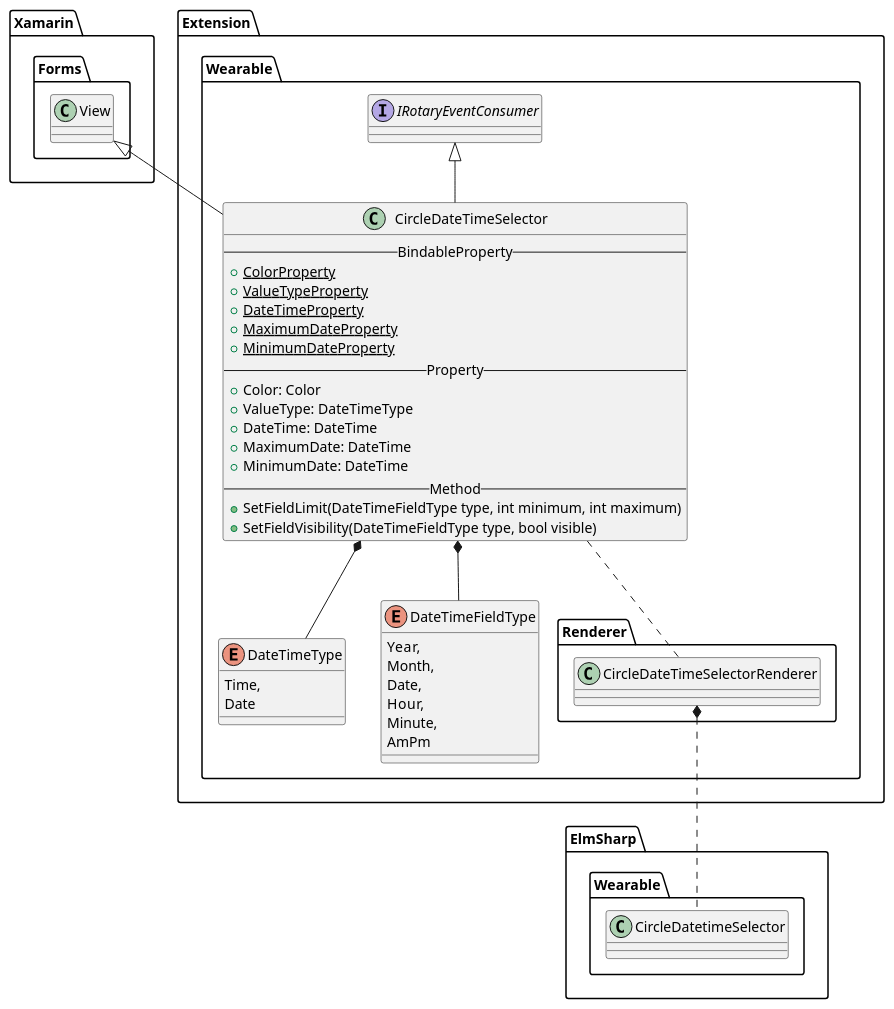
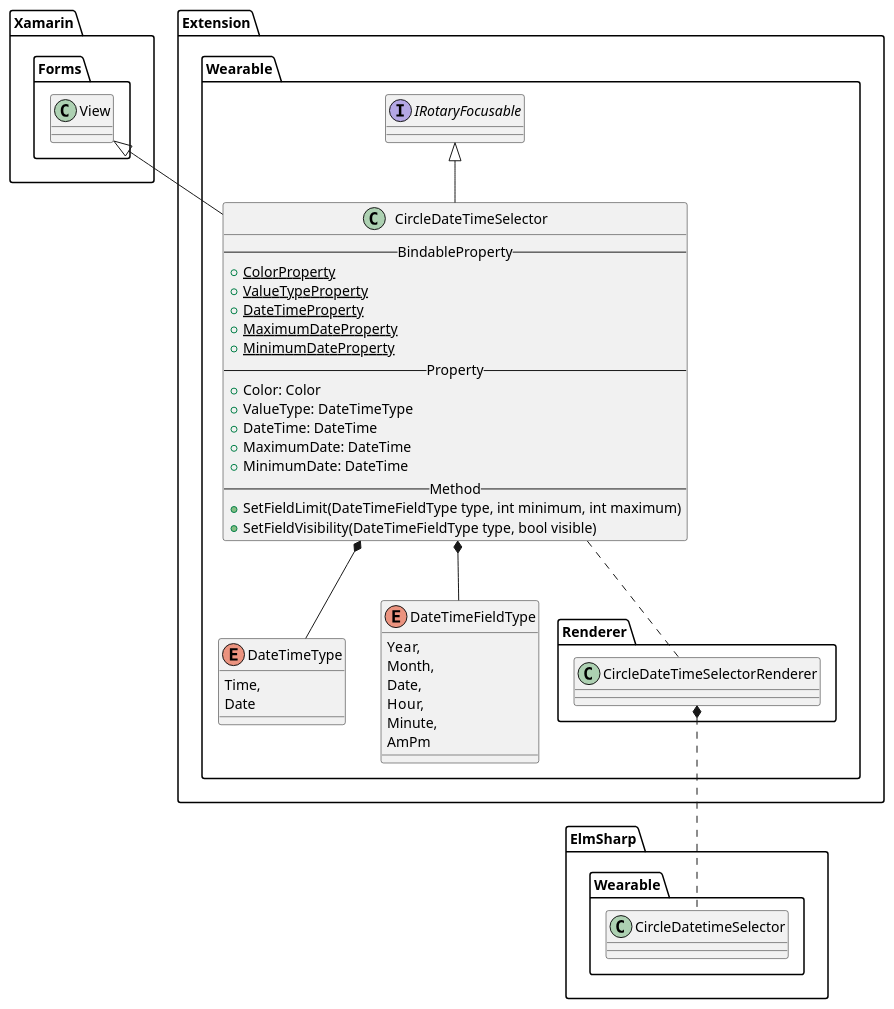
One commit to Samsung/Tizen.CircularUI changed the second of 15 diagrams in doc/design/uml/CirclePage.wsd. Above: the diagram before and after it, drawn with PlantUML. The commit also changed other lines of this file and 36 other files, not shown here.

```diff
--- a/doc/design/uml/CirclePage.wsd
+++ b/doc/design/uml/CirclePage.wsd
@@ -71,55 +58,55 @@
 @startuml CircleDateTimeSelector.png
 
 package "Xamarin.Forms" {
     class View
 }
 
 package "Extension.Wearable" {
-    interface IRotaryEventConsumer
+    interface IRotaryFocusable
     class CircleDateTimeSelector {
         --BindableProperty--
         {static} +ColorProperty
         {static} +ValueTypeProperty
         {static} +DateTimeProperty
         {static} +MaximumDateProperty
         {static} +MinimumDateProperty
         --Property--
         +Color: Color
         +ValueType: DateTimeType
         +DateTime: DateTime
         +MaximumDate: DateTime
         +MinimumDate: DateTime
         --Method--
         + SetFieldLimit(DateTimeFieldType type, int minimum, int maximum)
         + SetFieldVisibility(DateTimeFieldType type, bool visible)
     }
     enum DateTimeType {
         Time,
         Date
     }
 
     enum DateTimeFieldType {
         Year,
         Month,
         Date,
         Hour,
         Minute,
         AmPm
     }
 
     CircleDateTimeSelector -u-|> View
-    CircleDateTimeSelector -u-|> IRotaryEventConsumer
+    CircleDateTimeSelector -u-|> IRotaryFocusable
     CircleDateTimeSelector *-d- DateTimeType
     CircleDateTimeSelector *-d- DateTimeFieldType
 }
 
 package "Extension.Wearable.Renderer" {
     class CircleDateTimeSelectorRenderer
     CircleDateTimeSelectorRenderer .u. CircleDateTimeSelector
 }
 
 package "ElmSharp.Wearable" {
     class CircleDatetimeSelector
     CircleDateTimeSelectorRenderer *.d. CircleDatetimeSelector
 }
 @enduml
```
